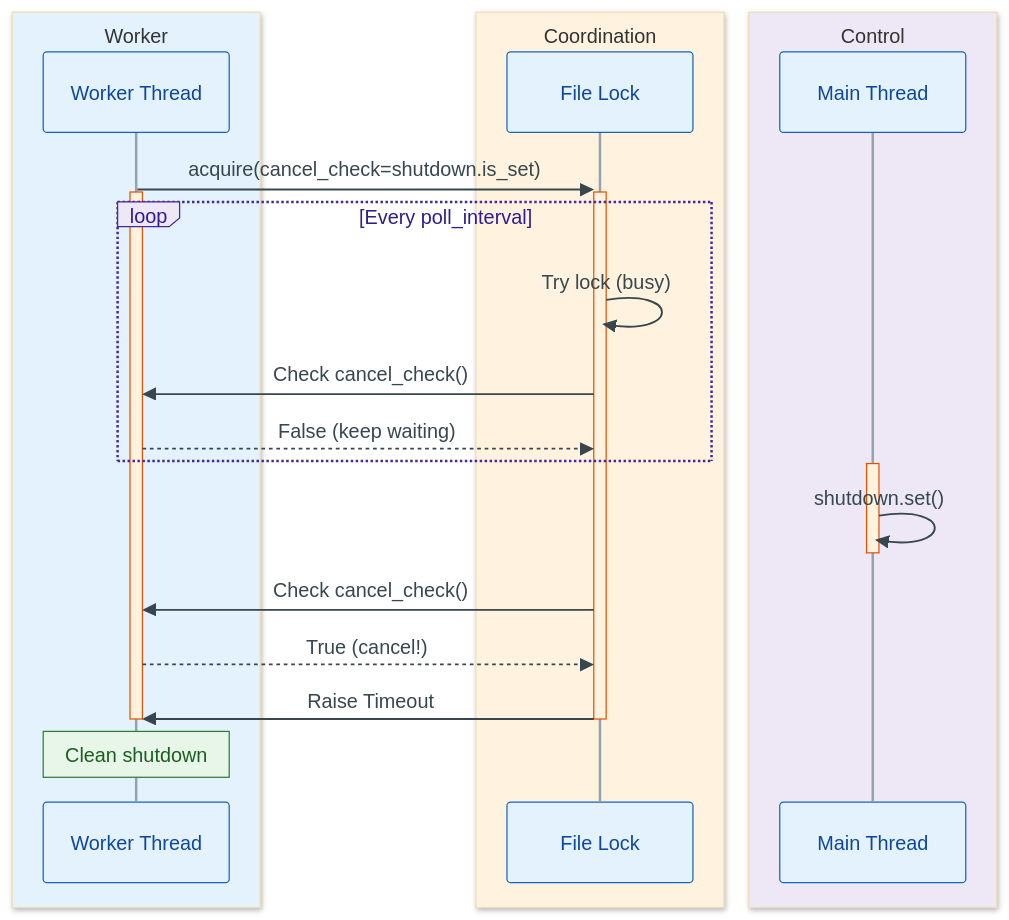
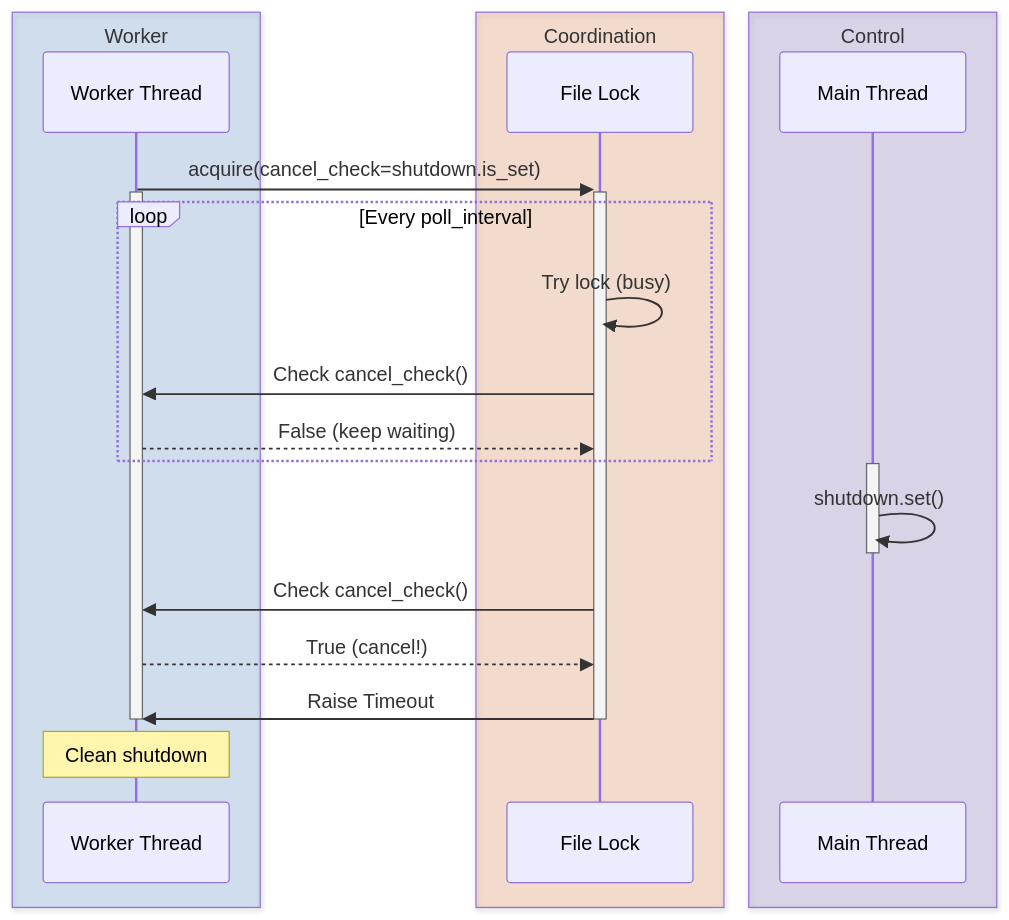
One commit to tox-dev/filelock changed the second of 2 diagrams in docs/how-to.rst. Above: the diagram before and after it, drawn with Mermaid. The commit also changed other lines of this file and 5 other files, not shown here.

```diff
--- a/docs/how-to.rst
+++ b/docs/how-to.rst
@@ -1129,28 +1128,27 @@
 .. mermaid::
 
-    %%{init: {'theme':'base','themeVariables':{'actorBkg':'#e3f2fd','actorBorder':'#1565c0','actorTextColor':'#0d47a1','actorLineColor':'#90a4ae','activationBkgColor':'#fff3e0','activationBorderColor':'#e65100','noteBkgColor':'#e8f5e9','noteBorderColor':'#2e7d32','noteTextColor':'#1b5e20','signalColor':'#37474f','signalTextColor':'#37474f','labelBoxBkgColor':'#ede7f6','labelBoxBorderColor':'#4527a0','labelTextColor':'#311b92','loopTextColor':'#311b92'}}}%%
     sequenceDiagram
-        box rgb(227, 242, 253) Worker
+        box rgba(21, 101, 192, 0.16) Worker
             participant W as Worker Thread
         end
-        box rgb(255, 243, 224) Coordination
+        box rgba(230, 81, 0, 0.16) Coordination
             participant L as File Lock
         end
-        box rgb(237, 231, 246) Control
+        box rgba(69, 39, 160, 0.16) Control
             participant M as Main Thread
         end
         W->>+L: acquire(cancel_check=shutdown.is_set)
         activate W
         loop Every poll_interval
             L->>L: Try lock (busy)
             L->>W: Check cancel_check()
             W-->>L: False (keep waiting)
         end
         activate M
         M->>M: shutdown.set()
         deactivate M
         L->>W: Check cancel_check()
         W-->>L: True (cancel!)
         L->>-W: Raise Timeout
         deactivate W
         Note over W: Clean shutdown
```
